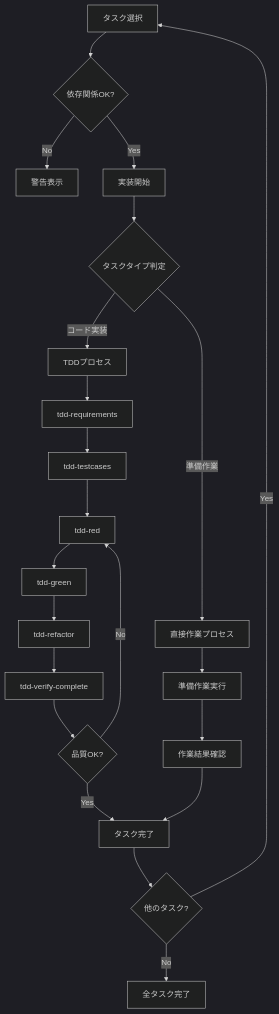
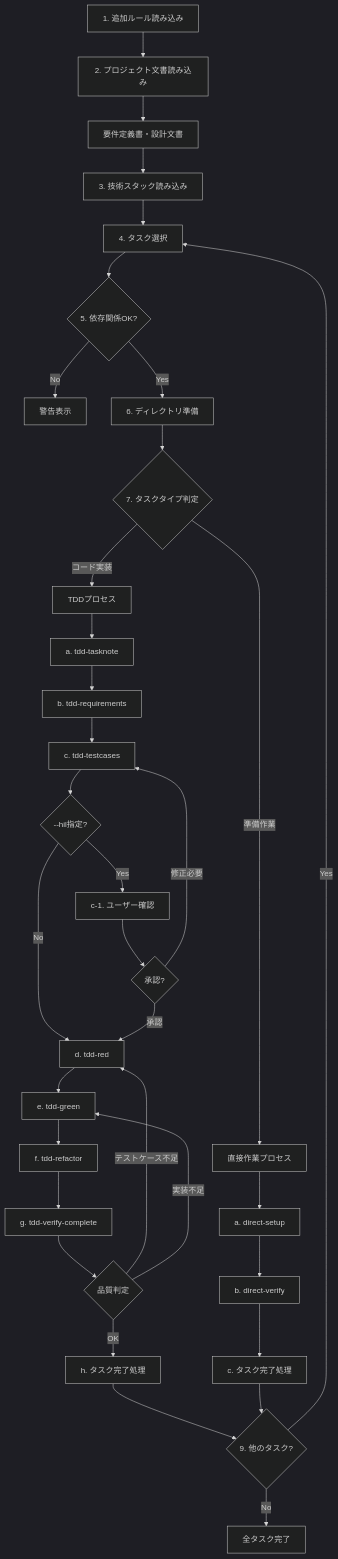
Before and after one commit to yaguma/shadowverse_log: the diagram in .claude/commands/kairo-implement.md, drawn with Mermaid (dark theme). The commit also changed other lines of this file and 28 other files, not shown here.

````diff
--- a/.claude/commands/kairo-implement.md
+++ b/.claude/commands/kairo-implement.md
@@ -178,27 +207,41 @@
 ```mermaid
 flowchart TD
-    A[タスク選択] --> B{依存関係OK?}
-    B -->|No| C[警告表示]
-    B -->|Yes| D[実装開始]
-    D --> E{タスクタイプ判定}
-    E -->|コード実装| F[TDDプロセス]
-    E -->|準備作業| G[直接作業プロセス]
+    A[1. 追加ルール読み込み] --> A1[2. プロジェクト文書読み込み]
+    A1 --> A2[要件定義書・設計文書]
+    A2 --> B[3. 技術スタック読み込み]
+    B --> C[4. タスク選択]
+    C --> D{5. 依存関係OK?}
+    D -->|No| E[警告表示]
+    D -->|Yes| F[6. ディレクトリ準備]
+    F --> G{7. タスクタイプ判定}
 
-    F --> F1[tdd-requirements]
-    F1 --> F2[tdd-testcases]
-    F2 --> F3[tdd-red]
-    F3 --> F4[tdd-green]
-    F4 --> F5[tdd-refactor]
-    F5 --> F6[tdd-verify-complete]
-    F6 --> F7{品質OK?}
-    F7 -->|No| F3
-    F7 -->|Yes| H[タスク完了]
+    G -->|コード実装| H[TDDプロセス]
+    G -->|準備作業| M[直接作業プロセス]
 
-    G --> G1[準備作業実行]
-    G1 --> G2[作業結果確認]
-    G2 --> H
+    H --> H0[a. tdd-tasknote]
+    H0 --> H1[b. tdd-requirements]
+    H1 --> H2[c. tdd-testcases]
+    H2 --> H2_1{--hil指定?}
+    H2_1 -->|Yes| H2_2[c-1. ユーザー確認]
+    H2_1 -->|No| H3[d. tdd-red]
+    H2_2 --> H2_3{承認?}
+    H2_3 -->|修正必要| H2[c. tdd-testcases]
+    H2_3 -->|承認| H3
+    H3 --> H4[e. tdd-green]
+    H4 --> H5[f. tdd-refactor]
+    H5 --> H6[g. tdd-verify-complete]
 
-    H --> I{他のタスク?}
-    I -->|Yes| A
+    H6 --> H7{品質判定}
+    H7 -->|テストケース不足| H3
+    H7 -->|実装不足| H4
+    H7 -->|OK| H8[h. タスク完了処理]
+
+    M --> M1[a. direct-setup]
+    M1 --> M2[b. direct-verify]
+    M2 --> M3[c. タスク完了処理]
+
+    H8 --> I{9. 他のタスク?}
+    M3 --> I
+    I -->|Yes| C
     I -->|No| J[全タスク完了]
 ```
````
